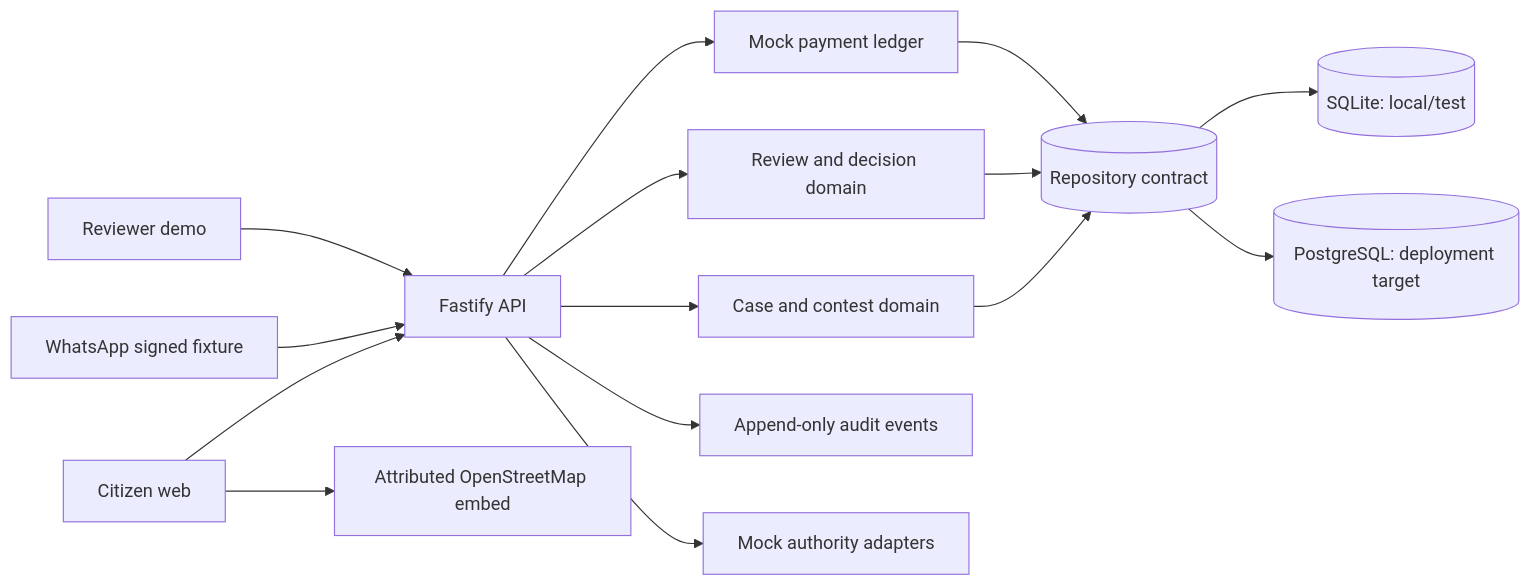
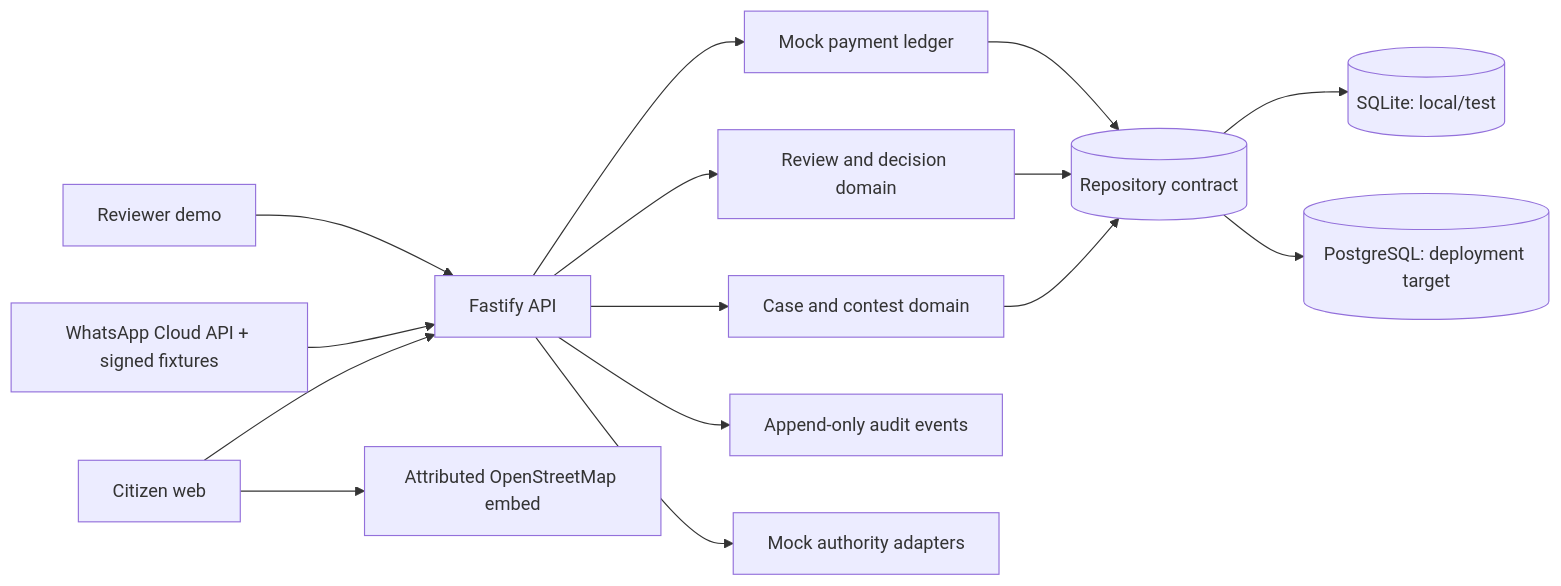
Before and after one commit to shrimaanshreyash/Challan_Nyay: the diagram in README.md, drawn with Mermaid. The commit also changed other lines of this file and 14 other files, not shown here.

Commit message:
Complete assisted payment and production reviewer flow

````diff
--- a/README.md
+++ b/README.md
@@ -61,17 +62,17 @@
 ```mermaid
 flowchart LR
     Citizen[Citizen web] --> API[Fastify API]
-    WhatsApp[WhatsApp signed fixture] --> API
+    WhatsApp[WhatsApp Cloud API + signed fixtures] --> API
     Reviewer[Reviewer demo] --> API
     API --> Case[Case and contest domain]
     API --> Review[Review and decision domain]
     API --> Payment[Mock payment ledger]
     Case --> DB[(Repository contract)]
     Review --> DB
     Payment --> DB
     DB --> Local[(SQLite: local/test)]
     DB --> Production[(PostgreSQL: deployment target)]
     API --> Audit[Append-only audit events]
     API --> Adapters[Mock authority adapters]
     Citizen --> Map[Attributed OpenStreetMap embed]
 ```
````
